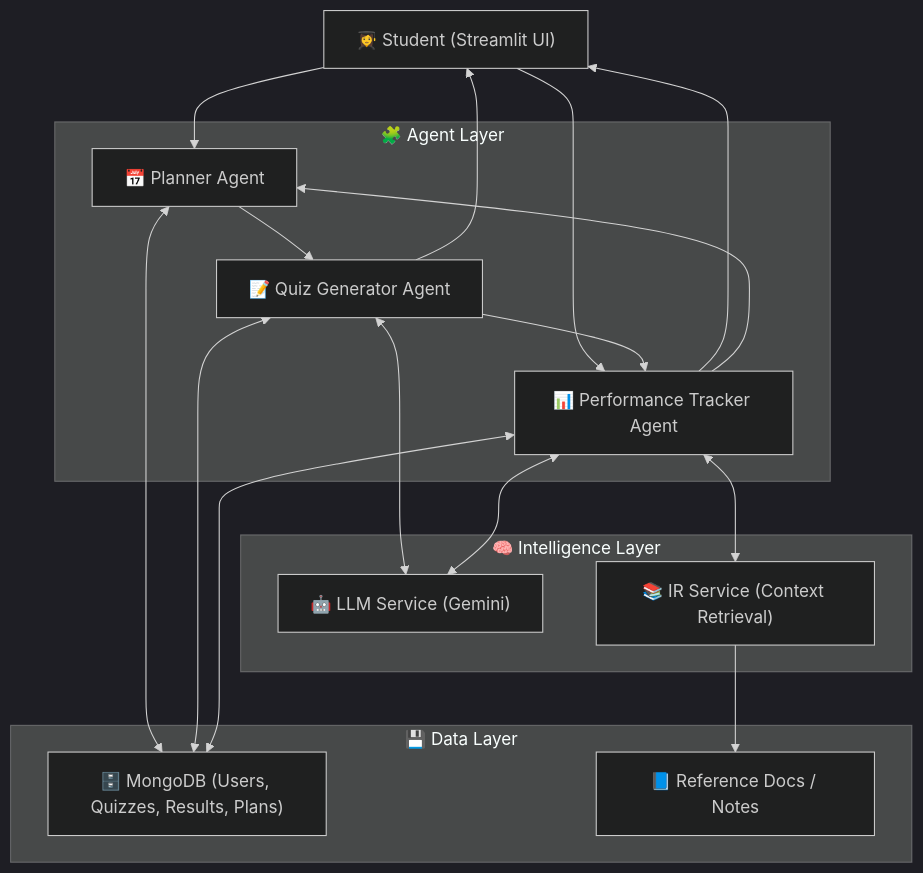
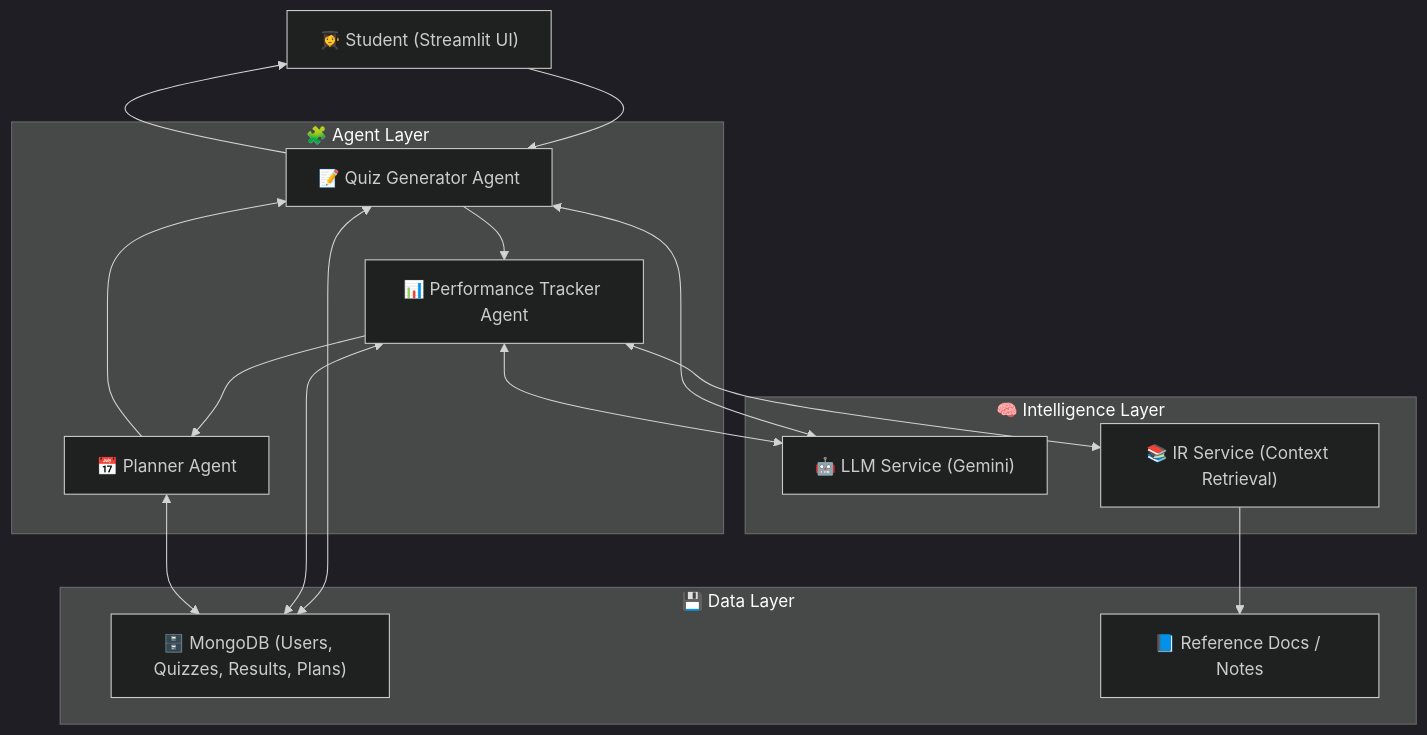
Before and after one commit to LochanaLithira/Adaptive-Exam-Preparation-AI: the diagram in README.md, drawn with Mermaid (dark theme).

````diff
--- a/README.md
+++ b/README.md
@@ -24,47 +24,44 @@
 ```mermaid
 flowchart TD
     %% User Layer
     A["👩‍🎓 Student (Streamlit UI)"]
 
     %% Agent Layer
     subgraph AGENTS["🧩 Agent Layer"]
-        B["📅 Planner Agent"]
         C["📝 Quiz Generator Agent"]
         D["📊 Performance Tracker Agent"]
+        B["📅 Planner Agent"]
     end
 
     %% Intelligence Layer
     subgraph AI["🧠 Intelligence Layer"]
         LLM["🤖 LLM Service (Gemini)"]
         IR["📚 IR Service (Context Retrieval)"]
     end
 
     %% Data Layer
     subgraph DATA["💾 Data Layer"]
         DB["🗄️ MongoDB (Users, Quizzes, Results, Plans)"]
         DOCS["📘 Reference Docs / Notes"]
     end
 
-    %% User Flow
-    A --> B
-    B --> C
+    %% Flow
+    A --> C
     C --> A
-    A --> D
-    D --> A
-
-    %% Agent interactions
     C --> D
     D --> B
+    B --> C
 
     %% Intelligence integration
     C <--> LLM
     D <--> LLM
     D <--> IR
 
-    %% Data Layer connections
-    B <--> DB
+    %% Data connections
     C <--> DB
     D <--> DB
+    B <--> DB
     IR --> DOCS
 
+
 ```
````
